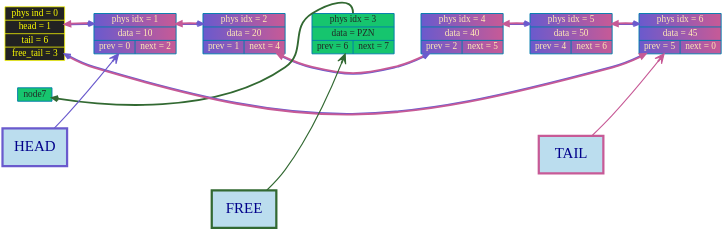
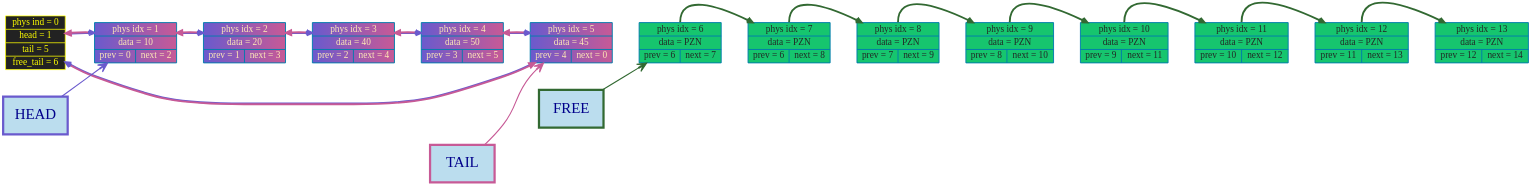
Before and after one commit to timoko3/list: the diagram in graphDumps/graphDump.dot, drawn with Graphviz. The commit also changed 9 other files, not shown here.

```diff
--- a/graphDumps/graphDump.dot
+++ b/graphDumps/graphDump.dot
@@ -1,44 +1,70 @@
 digraph G {
 rankdir=LR
 bgcolor="transparent"
 nodesep = 1;
 ranksep = 1
 	node [shape=record, style="filled", fillcolor="#FFA089", fontcolor="black", color="#007CAD", penwidth=2.5, fontname="Tahoma", fontsize=25];
 
 edge [color="#2d714f", arrowsize=1, penwidth=5, arrowhead="vee", style="bold"];
-node0 [label="phys ind = 0 | head = 1 | tail = 6 | free_tail = 3", shape=record, style="filled", fillcolor="#222222", fontcolor="yellow", color="yellow", penwidth=2];
+node0 [label="phys ind = 0 | head = 1 | tail = 5 | free_tail = 6", shape=record, style="filled", fillcolor="#222222", fontcolor="yellow", color="yellow", penwidth=2];
 	node1 [label="phys idx = 1 | data = 10 | {prev = 0 | next = 2} "];
-	node2 [label="phys idx = 2 | data = 20 | {prev = 1 | next = 4} "];
-	node3 [label="phys idx = 3 | data = PZN | {prev = 6 | next = 7} "];
-	node4 [label="phys idx = 4 | data = 40 | {prev = 2 | next = 5} "];
-	node5 [label="phys idx = 5 | data = 50 | {prev = 4 | next = 6} "];
-	node6 [label="phys idx = 6 | data = 45 | {prev = 5 | next = 0} "];
+	node2 [label="phys idx = 2 | data = 20 | {prev = 1 | next = 3} "];
+	node3 [label="phys idx = 3 | data = 40 | {prev = 2 | next = 4} "];
+	node4 [label="phys idx = 4 | data = 50 | {prev = 3 | next = 5} "];
+	node5 [label="phys idx = 5 | data = 45 | {prev = 4 | next = 0} "];
+	node6 [label="phys idx = 6 | data = PZN | {prev = 6 | next = 7} "];
+	node7 [label="phys idx = 7 | data = PZN | {prev = 6 | next = 8} "];
+	node8 [label="phys idx = 8 | data = PZN | {prev = 7 | next = 9} "];
+	node9 [label="phys idx = 9 | data = PZN | {prev = 8 | next = 10} "];
+	node10 [label="phys idx = 10 | data = PZN | {prev = 9 | next = 11} "];
+	node11 [label="phys idx = 11 | data = PZN | {prev = 10 | next = 12} "];
+	node12 [label="phys idx = 12 | data = PZN | {prev = 11 | next = 13} "];
+	node13 [label="phys idx = 13 | data = PZN | {prev = 12 | next = 14} "];
 
 head_label      [shape=box, width = 2.4, height = 1.4, label="HEAD", style="filled", fillcolor="#BBDDEE", color="#6A5ACD", penwidth = 6,  fontcolor="darkblue", fontsize = 40];
 tail_label      [shape=box, width = 2.4, height = 1.4, label="TAIL", style="filled", fillcolor="#BBDDEE", color="#c75a96ff", penwidth = 6,  fontcolor="darkblue", fontsize = 40];
 free_head_label [shape=box, width = 2.4, height = 1.4, label="FREE", style="filled", fillcolor="#BBDDEE", color="#326932", penwidth = 6,  fontcolor="darkblue", fontsize = 40];
 head_label      -> node1 [color="#6A5ACD"  , arrowsize=2.5, penwidth=3];
-tail_label      -> node6 [color="#c75a96ff"  , arrowsize=2.5, penwidth=3];
-free_head_label -> node3 [color="#326932"  , arrowsize=2.5, penwidth=3];
+tail_label      -> node5 [color="#c75a96ff"  , arrowsize=2.5, penwidth=3];
+free_head_label -> node6 [color="#326932"  , arrowsize=2.5, penwidth=3];
 node0 -> node1[style=invis, weight = 100000];
-	node1 -> node2 -> node3 -> node4 -> node5 -> node6[style=invis, weight=1000000];
+	node1 -> node2 -> node3 -> node4 -> node5 -> node6 -> node7 -> node8 -> node9 -> node10 -> node11 -> node12 -> node13[style=invis, weight=1000000];
 	node0 -> node1[color="#6A5ACD:#c75a96ff", arrowsize=1.5, penwidth=5, weight=1000, constraint=false, dir = both];
 node1 [fillcolor = "#6A5ACD:#c75a96ff", fontcolor = "#ffe9b5ff"]
 node2 [fillcolor = "#6A5ACD:#c75a96ff", fontcolor = "#ffe9b5ff"]
 node1 -> node2[color="#6A5ACD:#c75a96ff", arrowsize=1.5, penwidth=5, weight=1000, constraint=false, dir = both];
 node2 [fillcolor = "#6A5ACD:#c75a96ff", fontcolor = "#ffe9b5ff"]
+node3 [fillcolor = "#6A5ACD:#c75a96ff", fontcolor = "#ffe9b5ff"]
+node2 -> node3[color="#6A5ACD:#c75a96ff", arrowsize=1.5, penwidth=5, weight=1000, constraint=false, dir = both];
+node3 [fillcolor = "#6A5ACD:#c75a96ff", fontcolor = "#ffe9b5ff"]
 node4 [fillcolor = "#6A5ACD:#c75a96ff", fontcolor = "#ffe9b5ff"]
-node2 -> node4[color="#6A5ACD:#c75a96ff", arrowsize=1.5, penwidth=5, weight=1000, constraint=false, dir = both];
-node3 [fillcolor = "#16c56eff", fontcolor = "#222926ff"]
-node7 [fillcolor = "#16c56eff", fontcolor = "#222926ff"]
-node3 -> node7[color="#326932", arrowsize=1.5, penwidth=5, weight=1000, constraint=false, tailport = n];
+node3 -> node4[color="#6A5ACD:#c75a96ff", arrowsize=1.5, penwidth=5, weight=1000, constraint=false, dir = both];
 node4 [fillcolor = "#6A5ACD:#c75a96ff", fontcolor = "#ffe9b5ff"]
 node5 [fillcolor = "#6A5ACD:#c75a96ff", fontcolor = "#ffe9b5ff"]
 node4 -> node5[color="#6A5ACD:#c75a96ff", arrowsize=1.5, penwidth=5, weight=1000, constraint=false, dir = both];
 node5 [fillcolor = "#6A5ACD:#c75a96ff", fontcolor = "#ffe9b5ff"]
-node6 [fillcolor = "#6A5ACD:#c75a96ff", fontcolor = "#ffe9b5ff"]
-node5 -> node6[color="#6A5ACD:#c75a96ff", arrowsize=1.5, penwidth=5, weight=1000, constraint=false, dir = both];
-node6 [fillcolor = "#6A5ACD:#c75a96ff", fontcolor = "#ffe9b5ff"]
-node6 -> node0[color="#6A5ACD:#c75a96ff", arrowsize=1.5, penwidth=5, weight=1000, constraint=false, dir = both];
+node5 -> node0[color="#6A5ACD:#c75a96ff", arrowsize=1.5, penwidth=5, weight=1000, constraint=false, dir = both];
+node6 [fillcolor = "#16c56eff", fontcolor = "#222926ff"]
+node7 [fillcolor = "#16c56eff", fontcolor = "#222926ff"]
+node6 -> node7[color="#326932", arrowsize=1.5, penwidth=5, weight=1000, constraint=false, tailport = n];
+node7 [fillcolor = "#16c56eff", fontcolor = "#222926ff"]
+node8 [fillcolor = "#16c56eff", fontcolor = "#222926ff"]
+node7 -> node8[color="#326932", arrowsize=1.5, penwidth=5, weight=1000, constraint=false, tailport = n];
+node8 [fillcolor = "#16c56eff", fontcolor = "#222926ff"]
+node9 [fillcolor = "#16c56eff", fontcolor = "#222926ff"]
+node8 -> node9[color="#326932", arrowsize=1.5, penwidth=5, weight=1000, constraint=false, tailport = n];
+node9 [fillcolor = "#16c56eff", fontcolor = "#222926ff"]
+node10 [fillcolor = "#16c56eff", fontcolor = "#222926ff"]
+node9 -> node10[color="#326932", arrowsize=1.5, penwidth=5, weight=1000, constraint=false, tailport = n];
+node10 [fillcolor = "#16c56eff", fontcolor = "#222926ff"]
+node11 [fillcolor = "#16c56eff", fontcolor = "#222926ff"]
+node10 -> node11[color="#326932", arrowsize=1.5, penwidth=5, weight=1000, constraint=false, tailport = n];
+node11 [fillcolor = "#16c56eff", fontcolor = "#222926ff"]
+node12 [fillcolor = "#16c56eff", fontcolor = "#222926ff"]
+node11 -> node12[color="#326932", arrowsize=1.5, penwidth=5, weight=1000, constraint=false, tailport = n];
+node12 [fillcolor = "#16c56eff", fontcolor = "#222926ff"]
+node13 [fillcolor = "#16c56eff", fontcolor = "#222926ff"]
+node12 -> node13[color="#326932", arrowsize=1.5, penwidth=5, weight=1000, constraint=false, tailport = n];
+node13 [fillcolor = "#16c56eff", fontcolor = "#222926ff"]
 
 }
```
